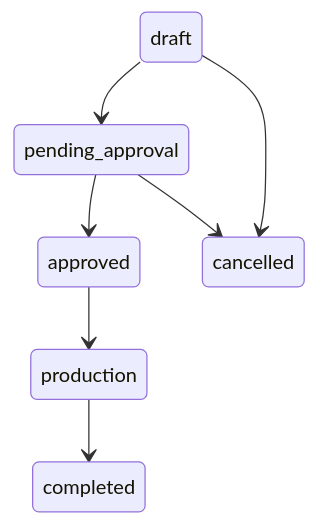
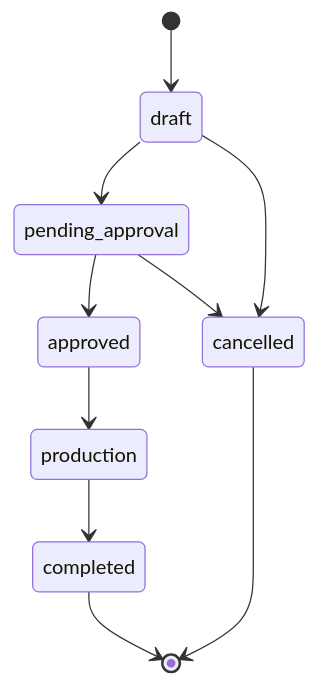
One commit to DKFuH/OrgScript changed the diagram in docs/demos/mermaid/order-approval.mmd. Above: the diagram before and after it, drawn with Mermaid. The commit also changed 26 other files, not shown here.

Commit message:
feat(artifacts): implement v0.6.0 - mermaid polish, markdown v2, html export, and showcase upgrade

```diff
--- a/docs/demos/mermaid/order-approval.mmd
+++ b/docs/demos/mermaid/order-approval.mmd
@@ -1,13 +1,16 @@
 stateDiagram-v2
   state "draft" as s1_state_1
+  [*] --> s1_state_1
   state "pending_approval" as s1_state_2
   state "approved" as s1_state_3
   state "production" as s1_state_4
   state "completed" as s1_state_5
   state "cancelled" as s1_state_6
   s1_state_1 --> s1_state_2
   s1_state_2 --> s1_state_3
   s1_state_3 --> s1_state_4
   s1_state_4 --> s1_state_5
   s1_state_1 --> s1_state_6
   s1_state_2 --> s1_state_6
+  s1_state_5 --> [*]
+  s1_state_6 --> [*]
```
